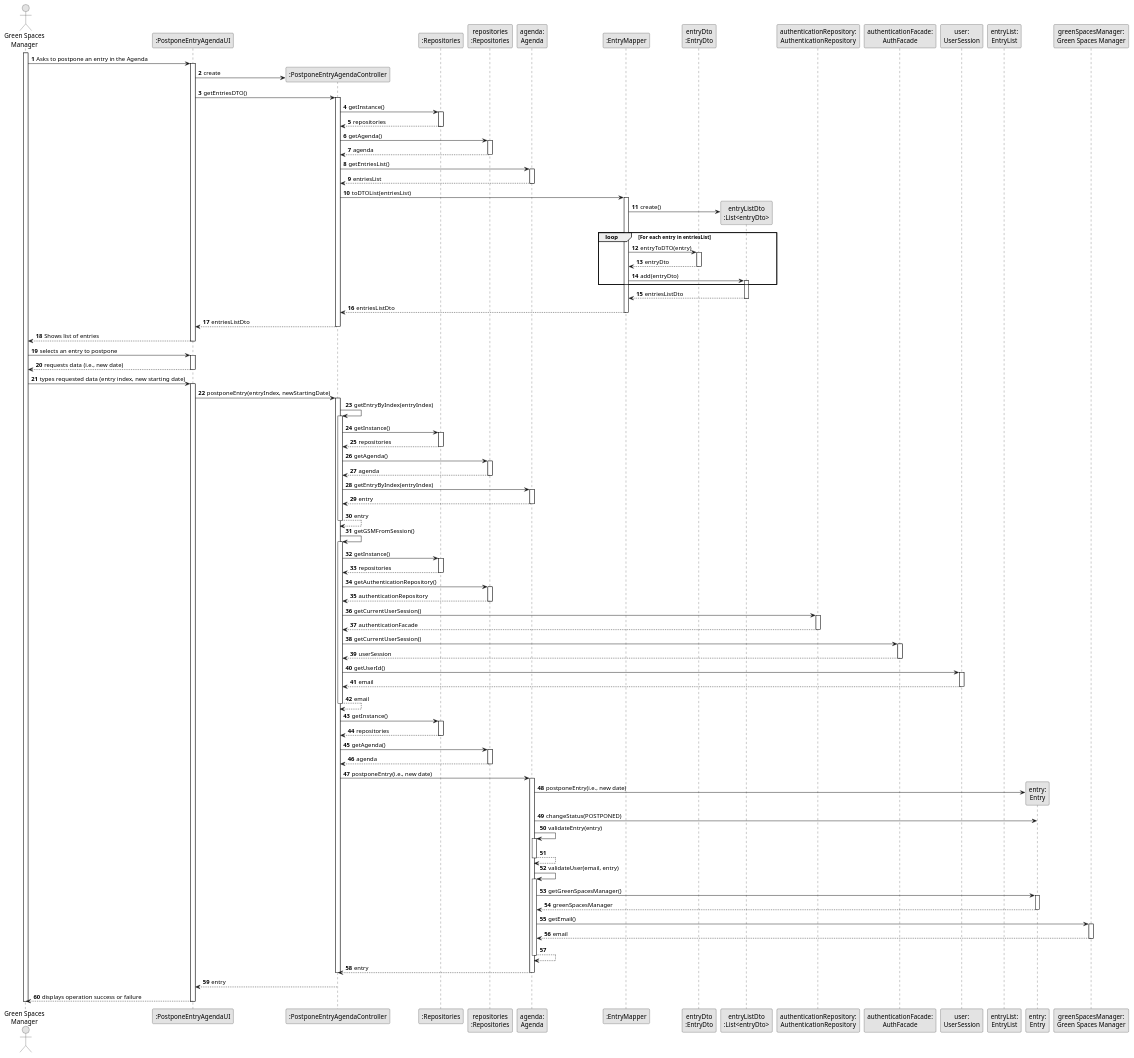
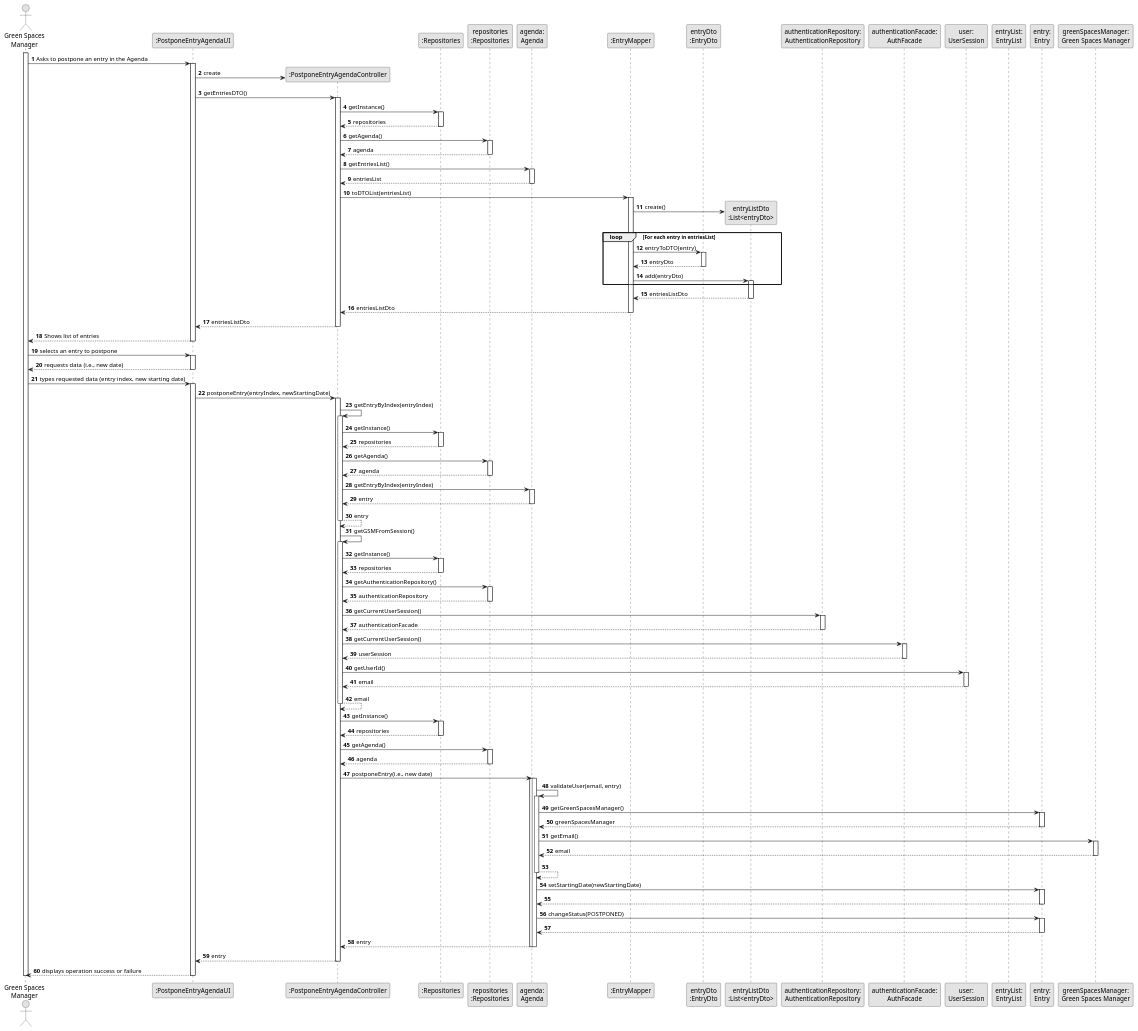
One commit to daniel41silva05/ISEP_2023_2024_LAPR2 changed the diagram in docs/sprintA&B&C/us024/03.design/puml/us024-sequence-diagram-full.puml. Above: the diagram before and after it, drawn with PlantUML. The commit also changed 3 other files, not shown here.

Commit message:
US24 Sequence Diagram Correction

```diff
--- a/docs/sprintA&B&C/us024/03.design/puml/us024-sequence-diagram-full.puml
+++ b/docs/sprintA&B&C/us024/03.design/puml/us024-sequence-diagram-full.puml
@@ -167,35 +167,42 @@
             activate AGENDA
 
 
+                            activate AGENDA
 
-                AGENDA -> ENTRY** : postponeEntry(i.e., new date)
-                AGENDA -> ENTRY : changeStatus(POSTPONED)
-                AGENDA -> AGENDA: validateEntry(entry)
-                                            activate AGENDA
+                                AGENDA -> AGENDA: validateUser(email, entry)
+                                activate AGENDA
 
-                                            AGENDA --> AGENDA
-                                            deactivate AGENDA
+                                AGENDA -> ENTRY: getGreenSpacesManager()
+                                activate ENTRY
 
-                                            AGENDA -> AGENDA: validateUser(email, entry)
-                                            activate AGENDA
+                                ENTRY --> AGENDA: greenSpacesManager
+                                deactivate ENTRY
 
-                                                AGENDA -> ENTRY: getGreenSpacesManager()
-                                                activate ENTRY
+                                AGENDA -> USER: getEmail()
+                                activate USER
 
-                                                ENTRY --> AGENDA: greenSpacesManager
-                                                deactivate ENTRY
+                                USER --> AGENDA: email
+                                deactivate USER
 
-                                                AGENDA -> USER: getEmail()
-                                                activate USER
+                                AGENDA --> AGENDA
+                                deactivate AGENDA
 
-                                                USER --> AGENDA: email
-                                                deactivate USER
+                                AGENDA -> ENTRY : setStartingDate(newStartingDate)
+                                activate ENTRY
 
-                                            AGENDA --> AGENDA
-                                            deactivate AGENDA
+                                ENTRY --> AGENDA
+                                deactivate ENTRY
 
-                                            AGENDA --> CTRL: entry
-                                            deactivate CTRL
+                                AGENDA -> ENTRY : changeStatus(POSTPONED)
+                                activate ENTRY
+
+                                ENTRY --> AGENDA
+                                deactivate ENTRY
+
+
+                                AGENDA --> CTRL: entry
+                                deactivate AGENDA
+
             deactivate AGENDA
 
         CTRL --> UI: entry
```
